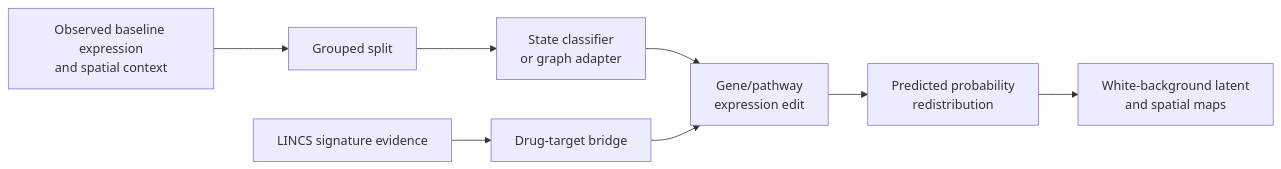
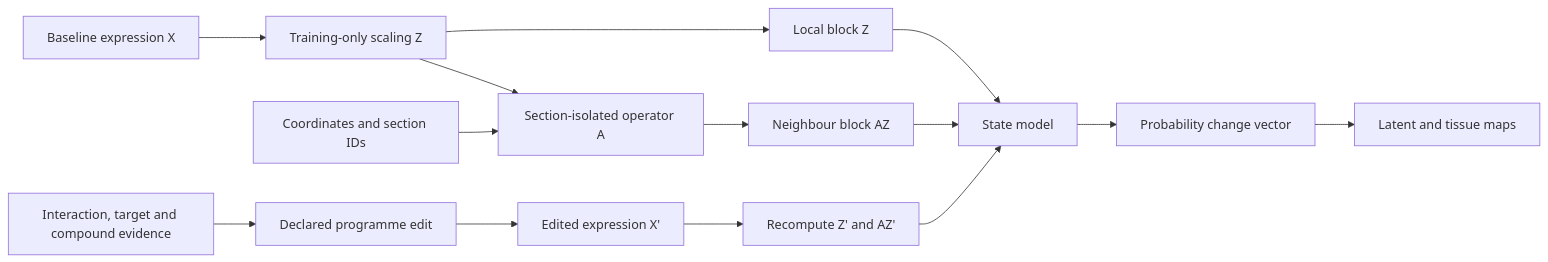
One commit to shumao469/StrokeNiche-virtual-cell-landscape changed the diagram in README.md. Above: the diagram before and after it, drawn with Mermaid. The commit also changed other lines of this file and 12 other files, not shown here.

Commit message:
feat: add v9 spatial context and editing operators

````diff
--- a/README.md
+++ b/README.md
@@ -65,10 +90,16 @@
 ```mermaid
 flowchart LR
-    A[Observed baseline expression\nand spatial context] --> B[Grouped split]
-    B --> C[State classifier\nor graph adapter]
-    C --> D[Gene/pathway\nexpression edit]
-    D --> E[Predicted probability\nredistribution]
-    E --> F[White-background latent\nand spatial maps]
-    G[LINCS signature evidence] --> H[Drug-target bridge]
-    H --> D
+    A[Baseline expression X] --> B[Training-only scaling Z]
+    C[Coordinates and section IDs] --> D[Section-isolated operator A]
+    B --> E[Local block Z]
+    B --> D
+    D --> F[Neighbour block AZ]
+    E --> G[State model]
+    F --> G
+    H[Declared programme edit] --> I[Edited expression X']
+    I --> J[Recompute Z' and AZ']
+    J --> G
+    G --> K[Probability change vector]
+    K --> L[Latent and tissue maps]
+    M[Interaction, target and compound evidence] --> H
 ```
````
